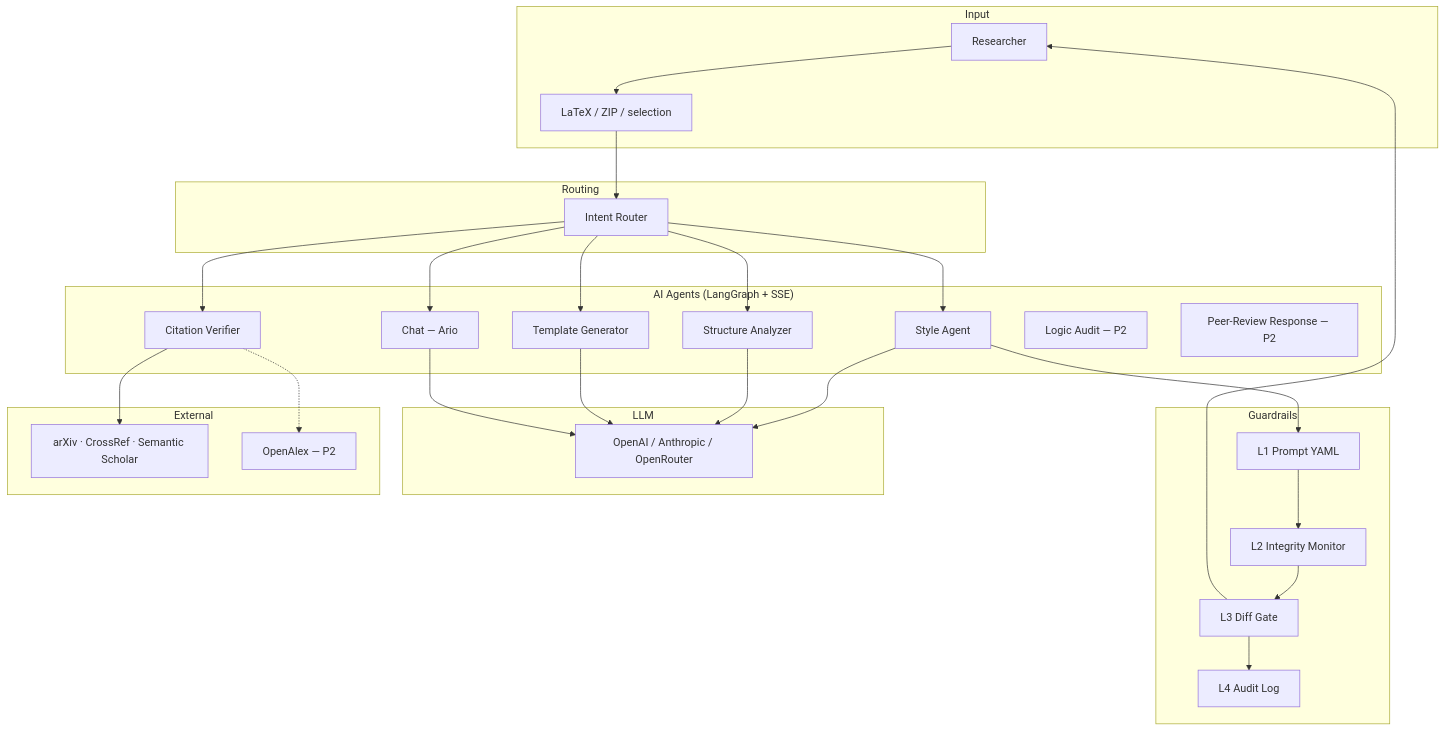
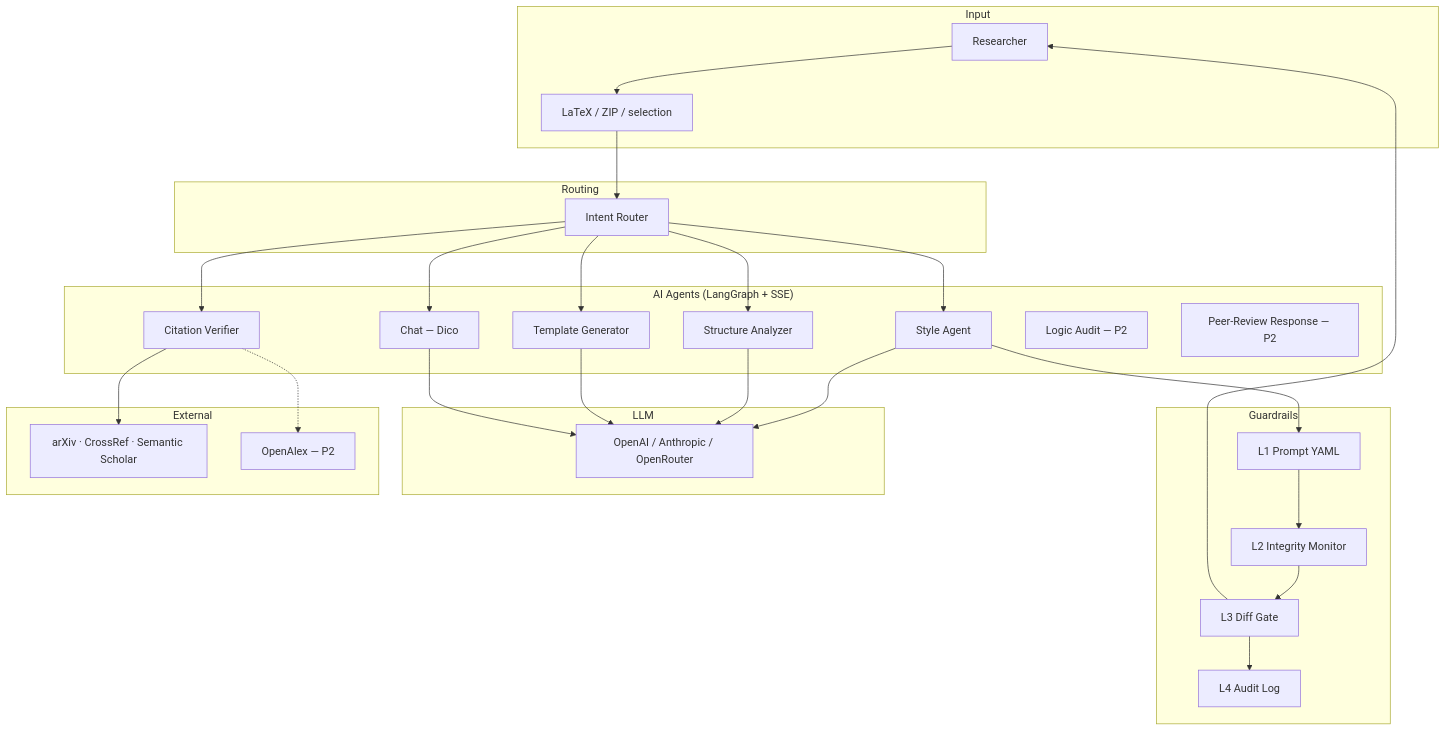
Before and after one commit to Tai-TZ/arionear-ai-paper-editor: the first of 2 diagrams in ROADMAP.md, drawn with Mermaid. The commit also changed other lines of this file and 199 other files, not shown here.

````diff
--- a/ROADMAP.md
+++ b/ROADMAP.md
@@ -63,45 +63,45 @@
 ```mermaid
 flowchart TB
     subgraph Input
         U[Researcher]
         DOC[LaTeX / ZIP / selection]
     end
 
     subgraph Routing
         IR[Intent Router]
     end
 
     subgraph Agents["AI Agents (LangGraph + SSE)"]
         A1[Style Agent]
         A2[Structure Analyzer]
         A3[Citation Verifier]
         A4[Template Generator]
-        A5[Chat — Ario]
+        A5[Chat — Dico]
         A6[Logic Audit — P2]
         A7[Peer-Review Response — P2]
     end
 
     subgraph Guardrails
         L1[L1 Prompt YAML]
         L2[L2 Integrity Monitor]
         L3[L3 Diff Gate]
         L4[L4 Audit Log]
     end
 
     subgraph LLM
         P[OpenAI / Anthropic / OpenRouter]
     end
 
     subgraph External
         E1[arXiv · CrossRef · Semantic Scholar]
         E2[OpenAlex — P2]
     end
 
     U --> DOC --> IR
     IR --> A1 & A2 & A3 & A4 & A5
     A1 & A2 & A4 & A5 --> P
     A3 --> E1
     A3 -.-> E2
     A1 --> L1 --> L2 --> L3 --> L4
     L3 --> U
 ```
````
